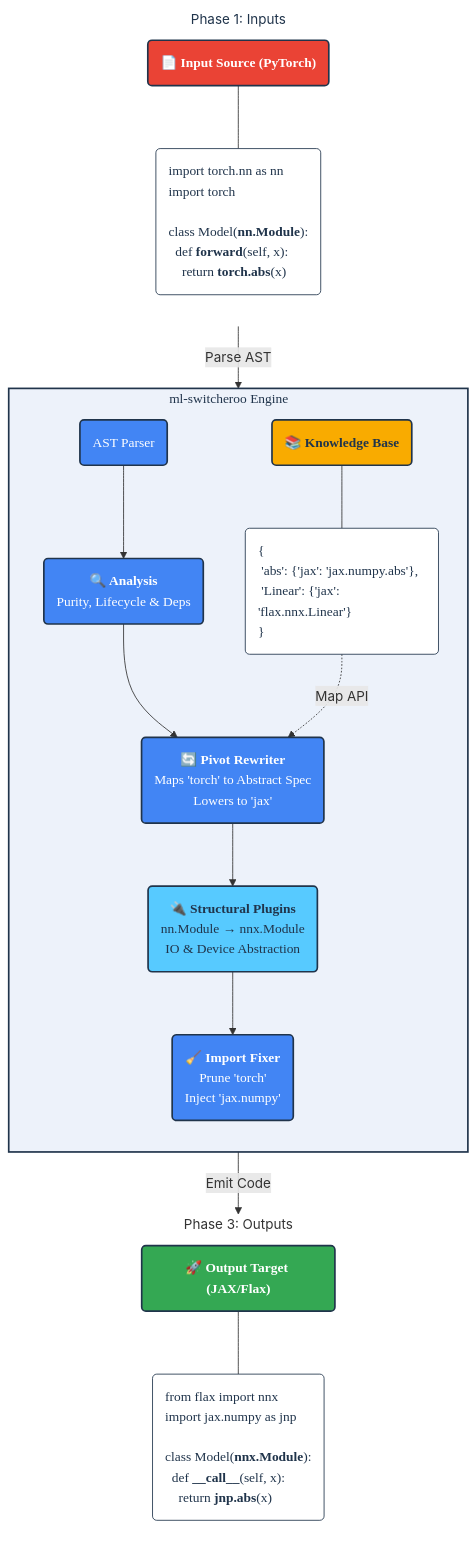
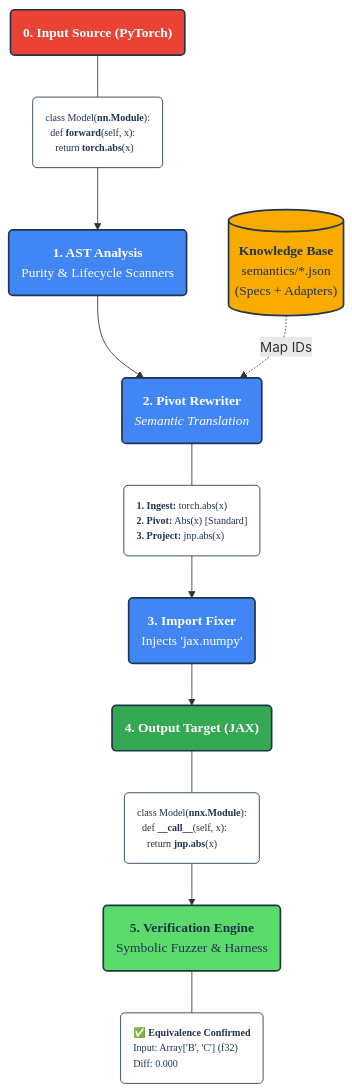
One commit to SamuelMarks/ml-switcheroo changed the diagram in README.md. Above: the diagram before and after it, drawn with Mermaid. The commit also changed other lines of this file and 101 other files, not shown here.

````diff
--- a/README.md
+++ b/README.md
@@ -26,61 +29,88 @@
 ```mermaid
 graph TD
-%% =================================================================================
-%% STYLE DEFINITIONS
-%% =================================================================================
-    classDef source fill: #ea4335, stroke: #20344b, stroke-width: 2px, color: #ffffff, font-family: 'Google Sans Medium', rx: 5px, ry: 5px;
-    classDef semantics fill: #f9ab00, stroke: #20344b, stroke-width: 2px, color: #20344b, font-family: 'Google Sans Medium', rx: 5px, ry: 5px;
-    classDef engine fill: #4285f4, stroke: #20344b, stroke-width: 2px, color: #ffffff, font-family: 'Google Sans Medium', rx: 5px, ry: 5px;
-    classDef plugin fill: #57caff, stroke: #20344b, stroke-width: 2px, color: #20344b, font-family: 'Google Sans Medium', rx: 5px, ry: 5px;
-    classDef target fill: #34a853, stroke: #20344b, stroke-width: 2px, color: #ffffff, font-family: 'Google Sans Medium', rx: 5px, ry: 5px;
-    classDef codeBlock fill: #ffffff, stroke: #20344b, stroke-width: 1px, color: #20344b, font-family: 'Roboto Mono Normal', text-align: left;
+    %% =================================================================================
+    %% THEME CONFIGURATION
+    %% Colors: Blue 500 (#4285f4), Green 500 (#34a853), Yellow 600 (#f9ab00), Red 500 (#ea4335)
+    %% Navy (#20344b), White (#ffffff)
+    %% =================================================================================
+    classDef default font-family:'Google Sans Normal',color:#20344b,stroke:#20344b,stroke-width:1px;
+    
+    %% Input: Red 500
+    classDef source fill:#ea4335,stroke:#20344b,stroke-width:2px,color:#ffffff,font-family:'Google Sans Medium',rx:5px;
+    
+    %% Processing: Blue 500
+    classDef engine fill:#4285f4,stroke:#20344b,stroke-width:2px,color:#ffffff,font-family:'Google Sans Medium',rx:5px;
+    
+    %% Data/KB: Yellow 600
+    classDef kb fill:#f9ab00,stroke:#20344b,stroke-width:2px,color:#20344b,font-family:'Google Sans Medium',rx:5px;
+    
+    %% Output: Green 500
+    classDef target fill:#34a853,stroke:#20344b,stroke-width:2px,color:#ffffff,font-family:'Google Sans Medium',rx:5px;
+    
+    %% Extensions: Halftone Blue
+    classDef plugin fill:#57caff,stroke:#20344b,stroke-width:2px,color:#20344b,font-family:'Google Sans Medium',rx:5px;
+    
+    %% Verification: Halftone Green
+    classDef verify fill:#5cdb6d,stroke:#20344b,stroke-width:2px,color:#20344b,font-family:'Google Sans Medium',rx:5px;
 
-%% =================================================================================
-%% 1. INPUT LAYER
-%% =================================================================================
-    subgraph Inputs [" Phase 1: Inputs "]
-        direction TB
-        style Inputs fill: #ffffff, stroke: #20344b, stroke-width: 0px, color: #20344b
-        SRC_FILE("<b>📄 Input Source (PyTorch)</b>"):::source
-        SRC_CODE("import torch.nn as nn<br/>import torch<br/><br/>class Model(<b>nn.Module</b>):<br/>&nbsp;&nbsp;def <b>forward</b>(self, x):<br/>&nbsp;&nbsp;&nbsp;&nbsp;return <b>torch.abs</b>(x)"):::codeBlock
-        SRC_FILE --- SRC_CODE
-    end
+    %% Code Blocks: White with Monospace
+    classDef codeBlock fill:#ffffff,stroke:#20344b,stroke-width:1px,font-family:'Roboto Mono Normal',text-align:left,font-size:12px;
 
-    SRC_CODE -->|" Parse AST "| PARSER
-%% =================================================================================
-%% 2. ENGINE LAYER
-%% =================================================================================
-    subgraph Core [" ml-switcheroo Engine "]
-        direction TB
-        style Core fill: #edf2fa, stroke: #20344b, stroke-width: 2px, color: #20344b, font-family: 'Google Sans Medium'
-        PARSER(AST Parser):::engine
-        ANALYSIS("<b>🔍 Analysis</b><br/>Purity, Lifecycle & Deps"):::engine
-    %% Semantic Lookup
-        KB_HEADER("<b>📚 Knowledge Base</b>"):::semantics
-        KB_DATA("{<br/>&nbsp;'abs': {'jax': 'jax.numpy.abs'},<br/>&nbsp;'Linear': {'jax': 'flax.nnx.Linear'}<br/>}"):::codeBlock
-    %% Transformation logic
-        REWRITER("<b>🔄 Pivot Rewriter</b><br/>Maps 'torch' to Abstract Spec<br/>Lowers to 'jax'"):::engine
-        PLUGIN("<b>🔌 Structural Plugins</b><br/>nn.Module → nnx.Module<br/>IO & Device Abstraction"):::plugin
-        FIXER("<b>🧹 Import Fixer</b><br/>Prune 'torch'<br/>Inject 'jax.numpy'"):::engine
-    %% Connections
-        PARSER --> ANALYSIS
-        ANALYSIS --> REWRITER
-        KB_HEADER --- KB_DATA
-        KB_DATA -.->|" Map API "| REWRITER
-        REWRITER --> PLUGIN
-        PLUGIN --> FIXER
-    end
+    %% =================================================================================
+    %% 0. INPUT PHASE
+    %% =================================================================================
+    SRC_HEADER("<b>0. Input Source (PyTorch)</b>"):::source
+    SRC_CODE("class Model(<b>nn.Module</b>):<br/>&nbsp;&nbsp;def <b>forward</b>(self, x):<br/>&nbsp;&nbsp;&nbsp;&nbsp;return <b>torch.abs</b>(x)"):::codeBlock
+    
+    SRC_HEADER --- SRC_CODE
+    SRC_CODE --> PARSER
 
-%% =================================================================================
-%% 3. OUTPUT LAYER
-%% =================================================================================
-    FIXER -->|" Emit Code "| TGT_FILE
+    %% =================================================================================
+    %% 1. ANALYSIS PHASE
+    %% =================================================================================
+    PARSER("<b>1. AST Analysis</b><br/>Purity & Lifecycle Scanners"):::engine
+    
+    PARSER --> REWRITER
 
-    subgraph Outputs [" Phase 3: Outputs "]
-        direction TB
-        style Outputs fill: #ffffff, stroke: #20344b, stroke-width: 0px
-        TGT_FILE("<b>🚀 Output Target (JAX/Flax)</b>"):::target
-        TGT_CODE("from flax import nnx<br/>import jax.numpy as jnp<br/><br/>class Model(<b>nnx.Module</b>):<br/>&nbsp;&nbsp;def <b>__call__</b>(self, x):<br/>&nbsp;&nbsp;&nbsp;&nbsp;return <b>jnp.abs</b>(x)"):::codeBlock
-        TGT_FILE --- TGT_CODE
-    end
+    %% =================================================================================
+    %% 2. REWRITE PHASE (The Hub)
+    %% =================================================================================
+    
+    %% Knowledge Base Side-Car
+    KB[("<b>Knowledge Base</b><br/>semantics/*.json<br/>(Specs + Adapters)")]:::kb
+    
+    REWRITER("<b>2. Pivot Rewriter</b><br/><i>Semantic Translation</i>"):::engine
+    
+    KB -.->|" Map IDs "| REWRITER
+    
+    %% Logic Visualization inside Rewriter
+    PIVOT_LOGIC("<b>1. Ingest:</b> torch.abs(x)<br/><b>2. Pivot:</b> Abs(x) [Standard]<br/><b>3. Project:</b> jnp.abs(x)"):::codeBlock
+    REWRITER --- PIVOT_LOGIC
+    
+    PIVOT_LOGIC --> FIXER
+
+    %% =================================================================================
+    %% 3. REFINEMENT
+    %% =================================================================================
+    FIXER("<b>3. Import Fixer</b><br/>Injects 'jax.numpy'"):::engine
+    
+    FIXER --> TGT_HEADER
+
+    %% =================================================================================
+    %% 4. OUTPUT PHASE
+    %% =================================================================================
+    TGT_HEADER("<b>4. Output Target (JAX)</b>"):::target
+    TGT_CODE("class Model(<b>nnx.Module</b>):<br/>&nbsp;&nbsp;def <b>__call__</b>(self, x):<br/>&nbsp;&nbsp;&nbsp;&nbsp;return <b>jnp.abs</b>(x)"):::codeBlock
+    
+    TGT_HEADER --- TGT_CODE
+    TGT_CODE --> VERIFY
+
+    %% =================================================================================
+    %% 5. VERIFICATION LOOP
+    %% =================================================================================
+    VERIFY("<b>5. Verification Engine</b><br/>Symbolic Fuzzer & Harness"):::verify
+    
+    RESULT("<b>✅ Equivalence Confirmed</b><br/>Input: Array['B', 'C'] (f32)<br/>Diff: 0.000"):::codeBlock
+    
+    VERIFY --- RESULT
 ```
````
